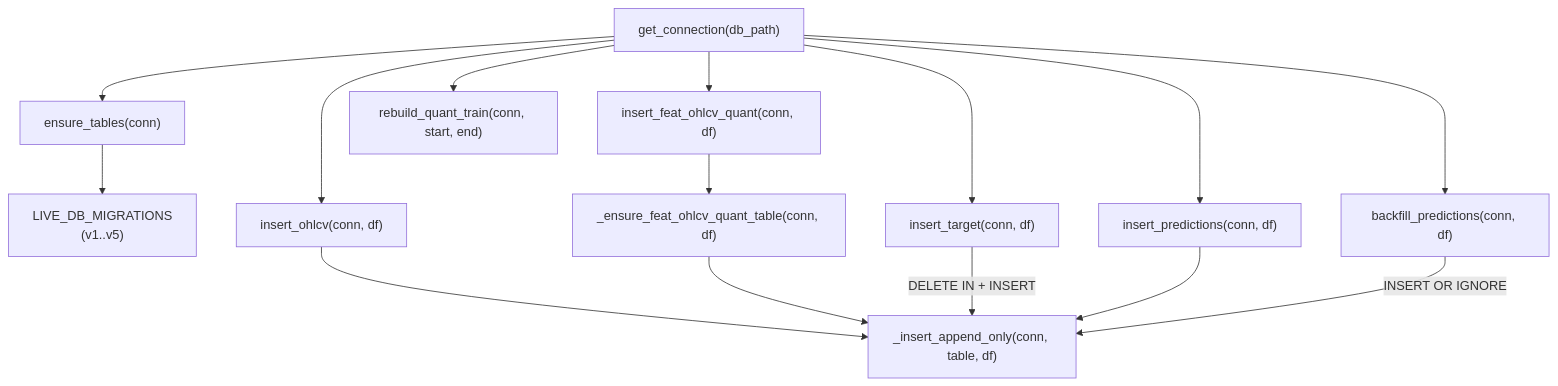
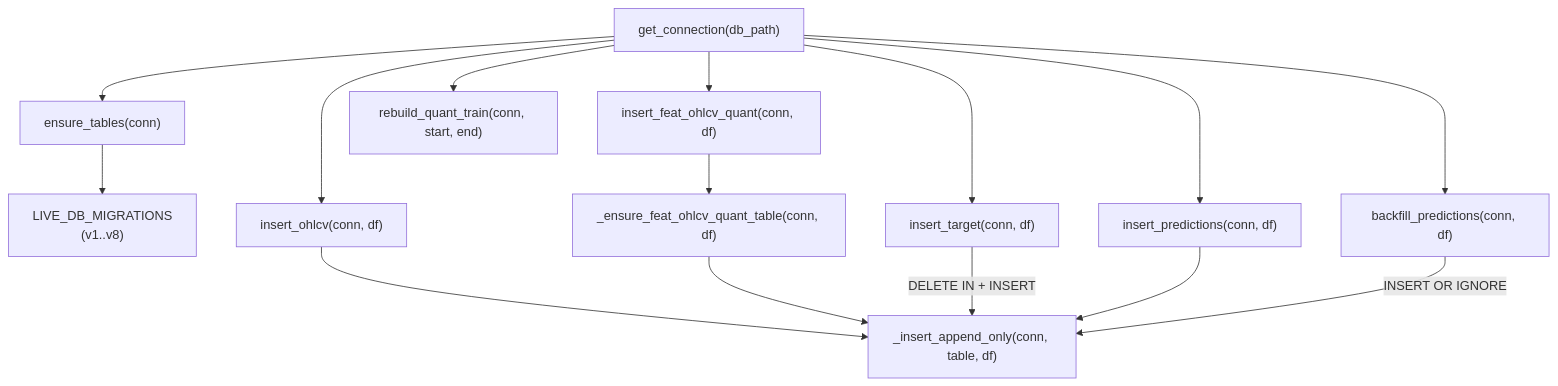
One commit to Nemesis14/chronoquant changed the diagram in _doc_/database_and_code_doc/1110_duckdb_store.md. Above: the diagram before and after it, drawn with Mermaid. The commit also changed other lines of this file and 2329 other files, not shown here.

````diff
--- a/_doc_/database_and_code_doc/1110_duckdb_store.md
+++ b/_doc_/database_and_code_doc/1110_duckdb_store.md
@@ -11,23 +11,23 @@
 ```mermaid
 flowchart TD
     GC["get_connection(db_path)"]
     ET["ensure_tables(conn)"]
-    MIG["LIVE_DB_MIGRATIONS\n(v1..v5)"]
+    MIG["LIVE_DB_MIGRATIONS\n(v1..v8)"]
     EFQ["_ensure_feat_ohlcv_quant_table(conn, df)"]
     IAO["_insert_append_only(conn, table, df)"]
     IO["insert_ohlcv(conn, df)"]
     IF["insert_feat_ohlcv_quant(conn, df)"]
     IT["insert_target(conn, df)"]
     IP["insert_predictions(conn, df)"]
     BP["backfill_predictions(conn, df)"]
     RQT["rebuild_quant_train(conn, start, end)"]
 
     GC --> ET
     ET --> MIG
     GC --> IO & IF & IT & IP & BP & RQT
     IO --> IAO
     IF --> EFQ --> IAO
     IT --> |DELETE IN + INSERT| IAO
     IP --> IAO
     BP --> |INSERT OR IGNORE| IAO
 ```
````
